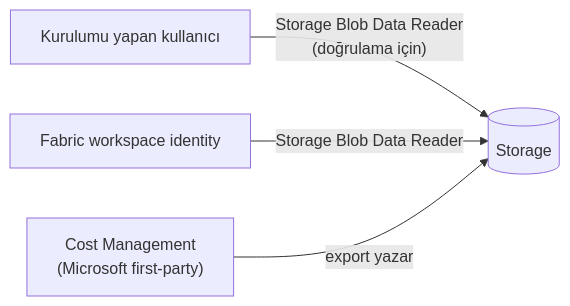
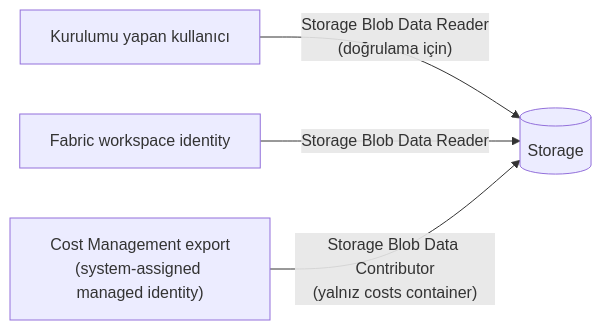
Before and after one commit to senem101/azure-cost-to-fabric: the second of 2 diagrams in docs/01-mimari.md, drawn with Mermaid. The commit also changed other lines of this file and 5 other files, not shown here.

First line of the commit message:
Use managed identity for cost exports; keep storage shared key disabled

````diff
--- a/docs/01-mimari.md
+++ b/docs/01-mimari.md
@@ -69,6 +69,6 @@
 ```mermaid
 flowchart LR
     U["Kurulumu yapan kullanıcı"] -- "Storage Blob Data Reader<br/>(doğrulama için)" --> ST[(Storage)]
     WI["Fabric workspace identity"] -- "Storage Blob Data Reader" --> ST
-    CM["Cost Management<br/>(Microsoft first-party)"] -- "export yazar" --> ST
+    CM["Cost Management export<br/>(system-assigned managed identity)"] -- "Storage Blob Data Contributor<br/>(yalnız costs container)" --> ST
 ```
````
